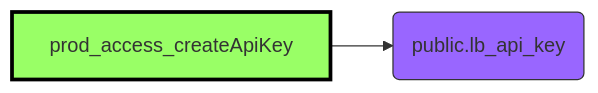
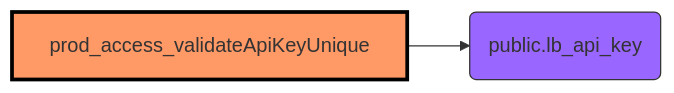
One commit to joze-liburn/uibakery changed diagram 12 of 28 in actionslib.md. Above: the diagram before and after it, drawn with Mermaid. The commit also changed other lines of this file and 3 other files, not shown here.

Commit message:
Added calls between automations and actions so that each pair appears twice. Two missing web services. Added overall call graph. Fixed internal symbol names.

````diff
--- a/actionslib.md
+++ b/actionslib.md
@@ -306,12 +319,12 @@
 ```mermaid
 graph LR
-  classDef this fill:#9f6,stroke:#000,stroke-width:3;
+  classDef this fill:#f96,stroke:#000,stroke-width:3;
   classDef automation fill:#9f6,stroke:#333;
   classDef action fill:#f96,stroke:#333;
   classDef database fill:#96f,stroke:#333;
 
-  act12[prod_access_createApiKey] --> db08(public.lb_api_key)
+  act12[prod_access_validateApiKeyUnique] --> db08(public.lb_api_key)
   
   class act12 this
   class db08 database
 ```
````
